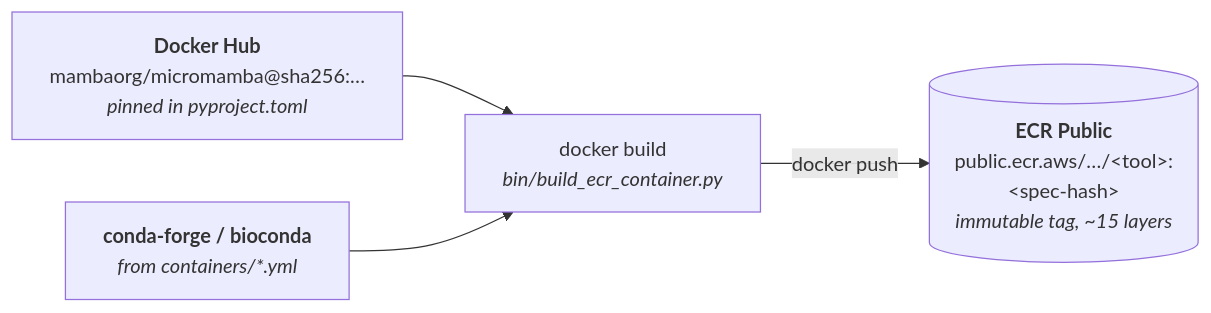
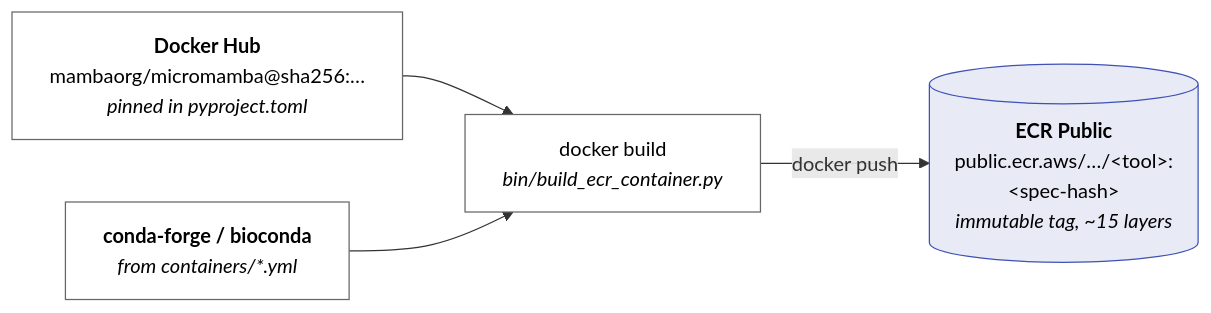
Before and after one commit to securebio/nao-mgs-workflow: the first of 2 diagrams in docs/wave.md, drawn with Mermaid. The commit also changed other lines of this file, not shown here.

````diff
--- a/docs/wave.md
+++ b/docs/wave.md
@@ -53,10 +83,15 @@
 ```mermaid
 flowchart LR
     DH["<b>Docker Hub</b><br/>mambaorg/micromamba@sha256:…<br/><i>pinned in pyproject.toml</i>"]
     CONDA["<b>conda-forge / bioconda</b><br/><i>from containers/*.yml</i>"]
     DBUILD["docker build<br/><i>bin/build_ecr_container.py</i>"]
     ECR[("<b>ECR Public</b><br/>public.ecr.aws/…/&lt;tool&gt;:&lt;spec-hash&gt;<br/><i>immutable tag, ~15 layers</i>")]
     DH --> DBUILD
     CONDA --> DBUILD
     DBUILD -- "docker push" --> ECR
+
+    classDef reg fill:#e8eaf6,stroke:#3f51b5,color:#000
+    classDef step fill:#fff,stroke:#666,color:#000
+    class ECR reg
+    class DH,CONDA,DBUILD step
 ```
````
